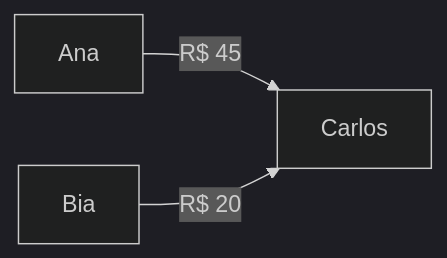
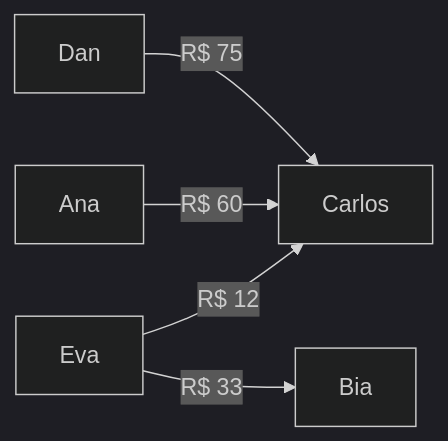
One commit to tprei/dividimos changed the fourth of 4 diagrams in README.md. Above: the diagram before and after it, drawn with Mermaid (dark theme). The commit also changed other lines of this file and 1 other file, not shown here.

````diff
--- a/README.md
+++ b/README.md
@@ -182,5 +203,7 @@
 ```mermaid
 graph LR
-    A[Ana] -->|R$ 45| C[Carlos]
-    B[Bia] -->|R$ 20| C
+    D[Dan] -->|R$ 75| C[Carlos]
+    A[Ana] -->|R$ 60| C
+    E[Eva] -->|R$ 12| C
+    E -->|R$ 33| B[Bia]
 ```
````
